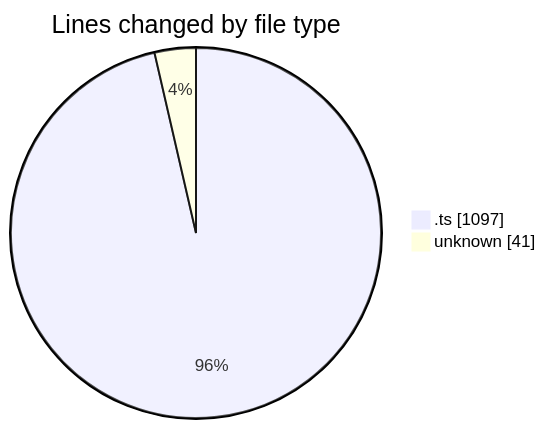
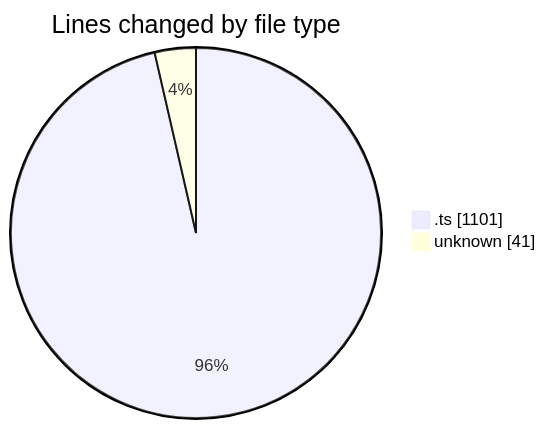
Before and after one commit to momahboobian/code-tracking: the first of 2 diagrams in 2025-08-18/cda/README.md, drawn with Mermaid. The commit also changed other lines of this file and 1 other file, not shown here.

````diff
--- a/2025-08-18/cda/README.md
+++ b/2025-08-18/cda/README.md
@@ -24,6 +24,6 @@
 ```mermaid
 pie showData
 title Lines changed by file type
-".ts" : 1097
+".ts" : 1101
 "unknown" : 41
 ```
````
